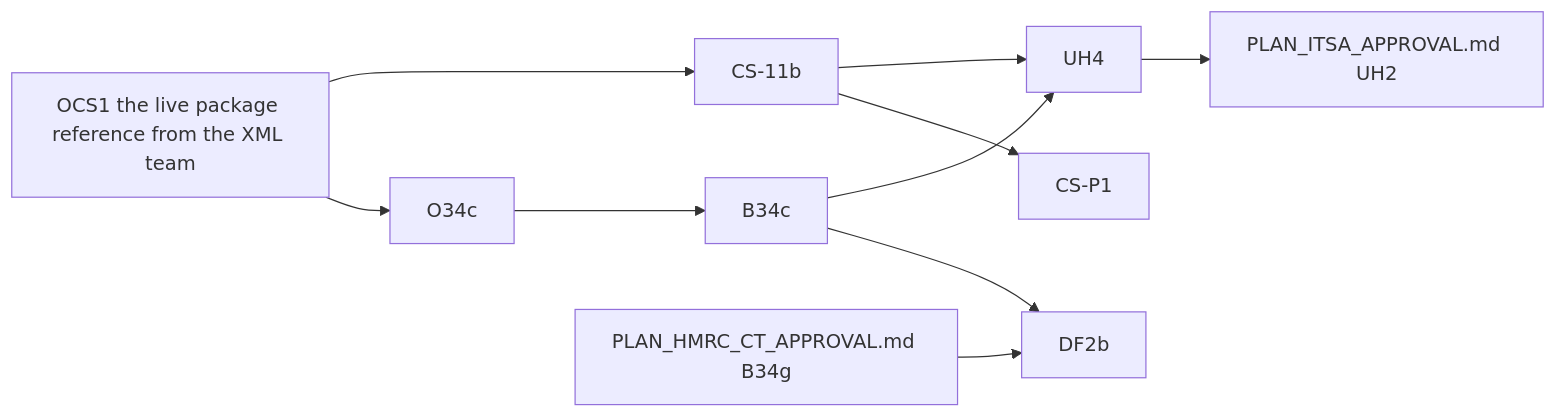
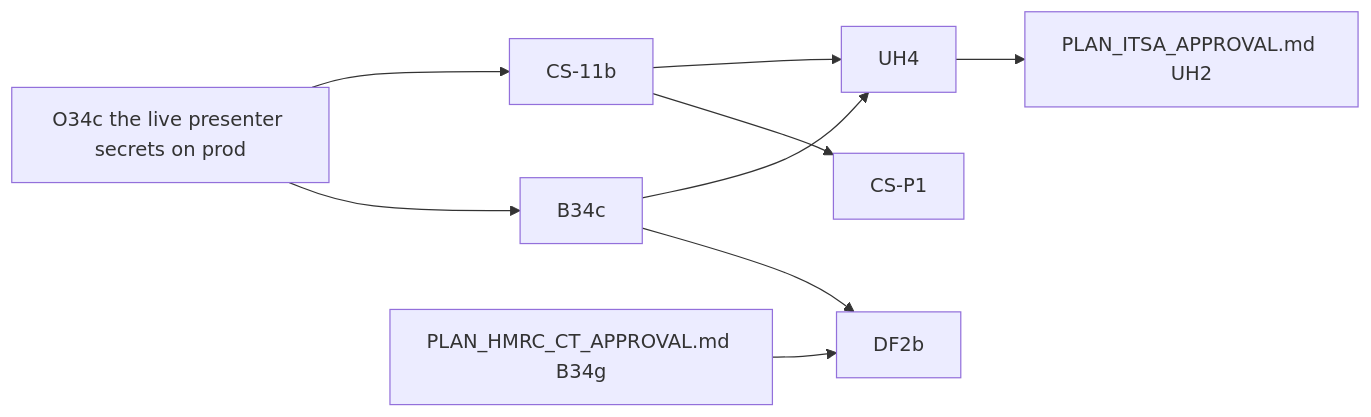
The diagram in PLAN_COMPANIES_HOUSE_APPROVAL.md (diy-accounting-uk/submit.diyaccounting.co.uk), drawn with Mermaid before and after one commit. The commit also changed other lines of this file and 1 other file, not shown here.

First line of the commit message:
Companies House: live package reference 4326 issued; OCS1 is the presenter secrets on prod

````diff
--- a/PLAN_COMPANIES_HOUSE_APPROVAL.md
+++ b/PLAN_COMPANIES_HOUSE_APPROVAL.md
@@ -96,12 +106,11 @@
 ```mermaid
 flowchart LR
-    OCS1[OCS1 the live package reference from the XML team] --> O34c
-    O34c --> B34c
-    OCS1 --> CS11b[CS-11b]
+    O34c[O34c the live presenter secrets on prod] --> B34c
+    O34c --> CS11b[CS-11b]
     CS11b --> CSP1[CS-P1]
     B34c --> DF2b
     B34g["PLAN_HMRC_CT_APPROVAL.md B34g"] --> DF2b
     B34c --> UH4
     CS11b --> UH4
     UH4 --> UH2["PLAN_ITSA_APPROVAL.md UH2"]
 ```
````
